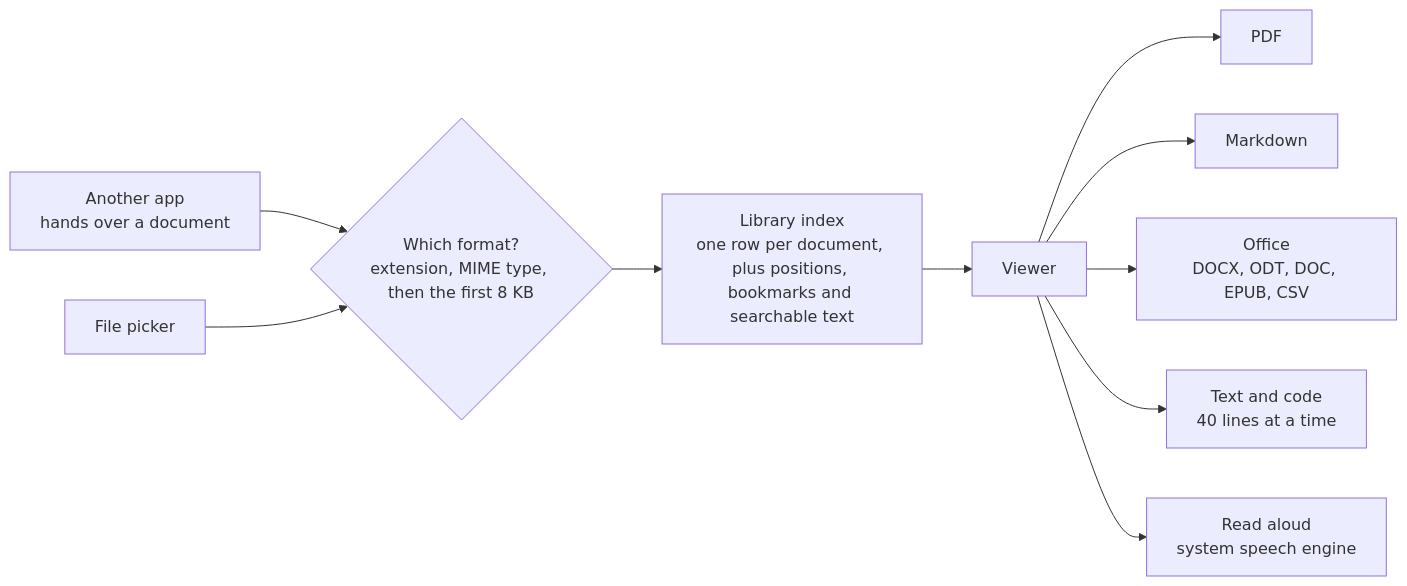
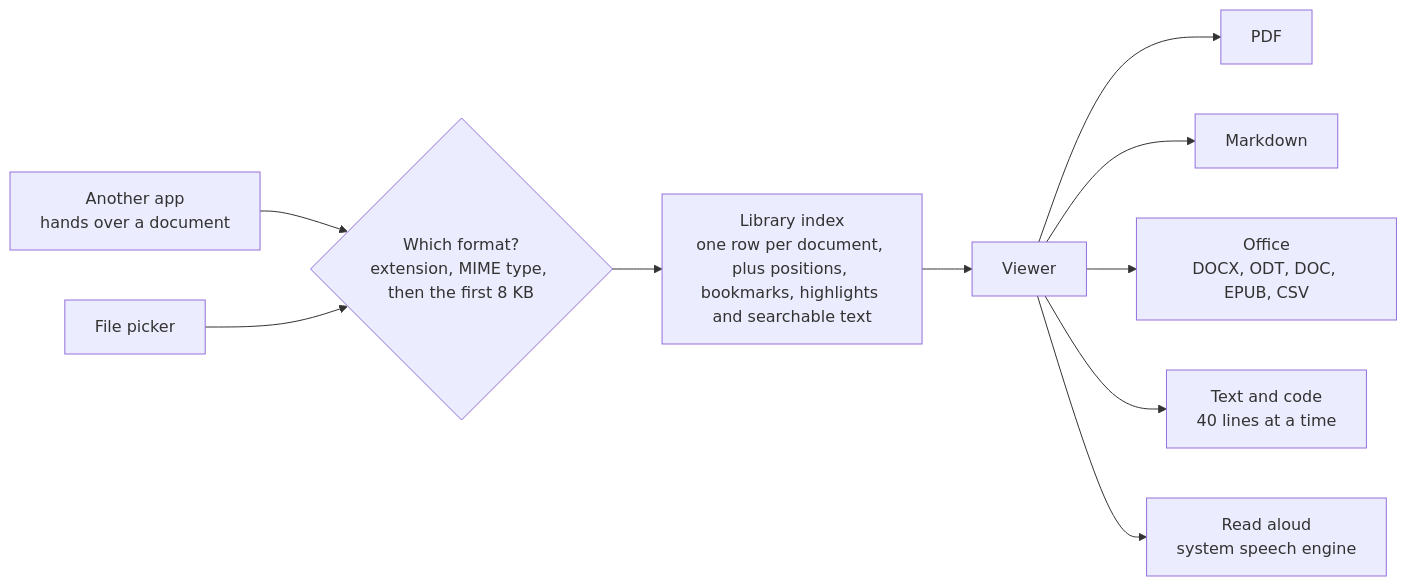
The first of 2 diagrams in README.md (Pixelrick420/Papyrus), drawn with Mermaid before and after one commit. The commit also changed other lines of this file and 14 other files, not shown here.

````diff
--- a/README.md
+++ b/README.md
@@ -220,12 +222,12 @@
 ```mermaid
 flowchart LR
   A["Another app<br/>hands over a document"] --> C{"Which format?<br/>extension, MIME type, then the first 8 KB"}
   B["File picker"] --> C
-  C --> D["Library index<br/>one row per document, plus positions, bookmarks and searchable text"]
+  C --> D["Library index<br/>one row per document, plus positions, bookmarks, highlights and searchable text"]
   D --> E["Viewer"]
   E --> F["PDF"]
   E --> G["Markdown"]
   E --> H["Office<br/>DOCX, ODT, DOC, EPUB, CSV"]
   E --> I["Text and code<br/>40 lines at a time"]
   E --> J["Read aloud<br/>system speech engine"]
 ```
````
